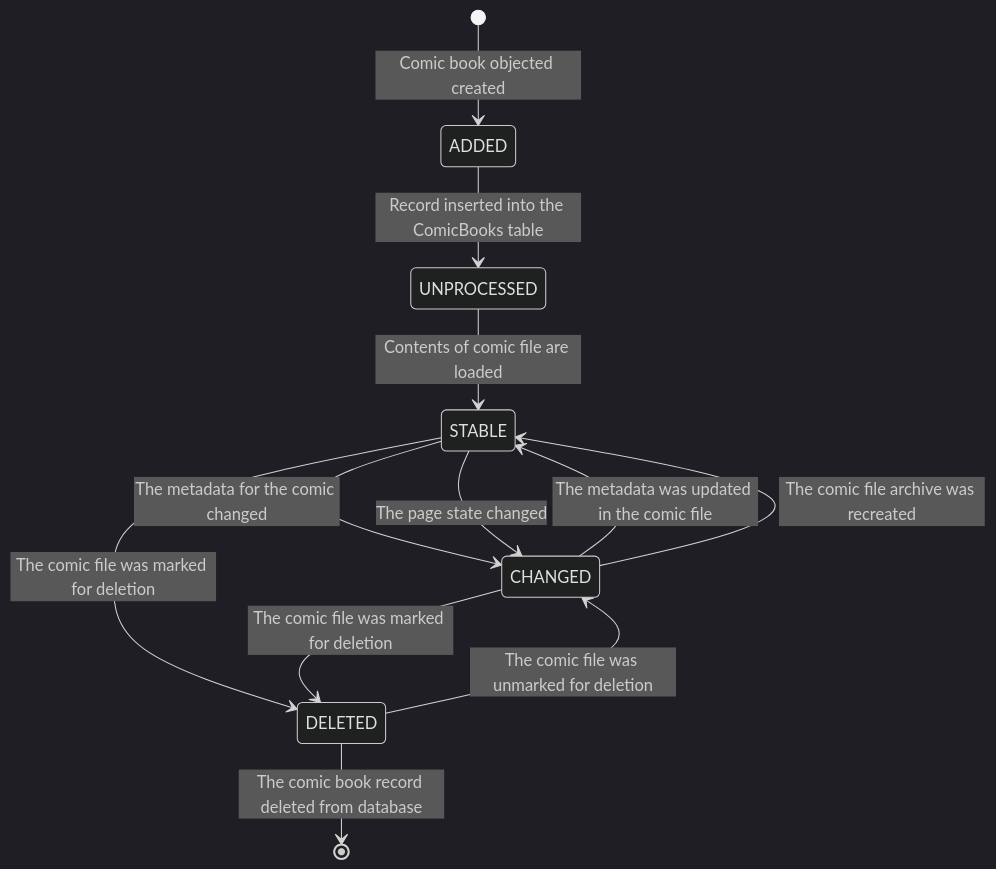
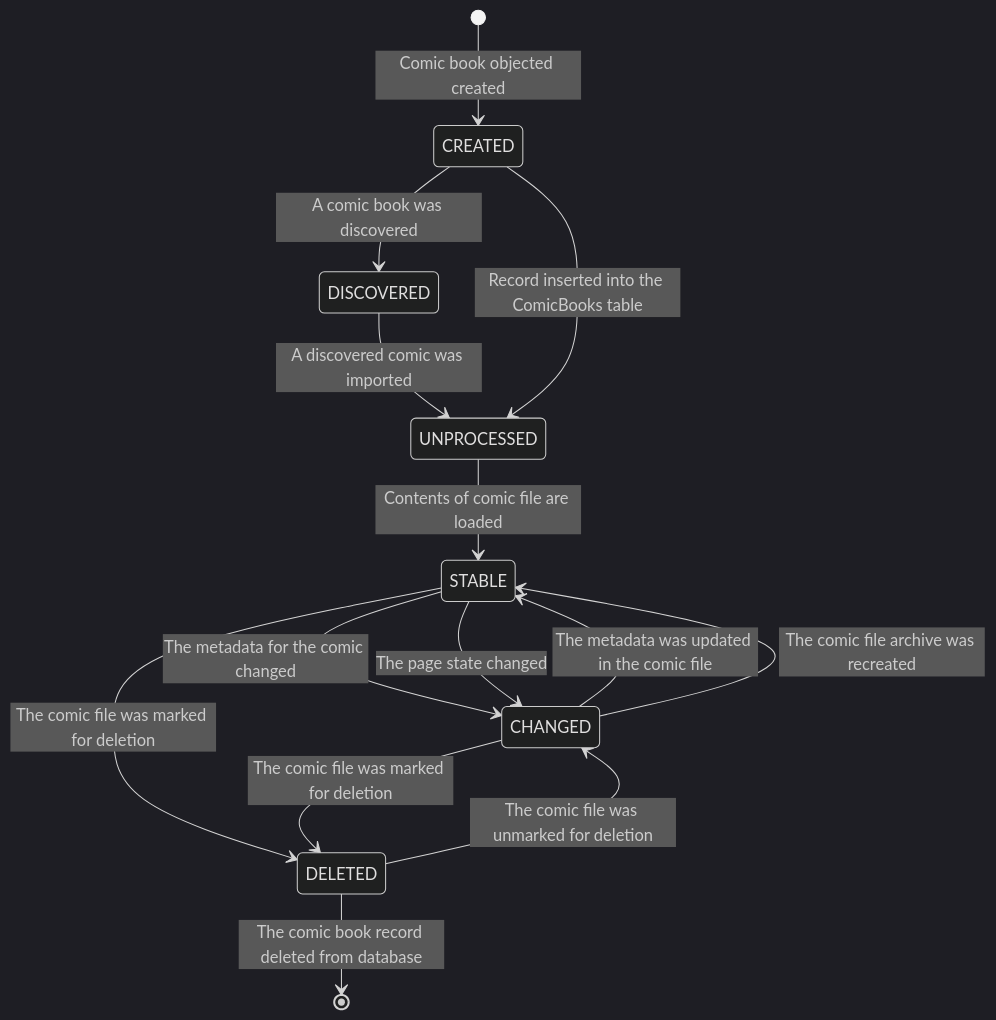
Before and after one commit to comixed/comixed: the diagram in COMICBOOK-STATES.md, drawn with Mermaid (dark theme). The commit also changed 14 other files, not shown here.

Commit message:
Added discovering comic books in the library path [#2496]

````diff
--- a/COMICBOOK-STATES.md
+++ b/COMICBOOK-STATES.md
@@ -7,14 +7,16 @@
 ```mermaid
 stateDiagram-v2
-   [*] --> ADDED: Comic book objected created
-   ADDED --> UNPROCESSED: Record inserted into the ComicBooks table
+   [*] --> CREATED: Comic book objected created
+   CREATED --> DISCOVERED: A comic book was discovered
+   DISCOVERED --> UNPROCESSED: A discovered comic was imported
+   CREATED --> UNPROCESSED: Record inserted into the ComicBooks table
    UNPROCESSED --> STABLE: Contents of comic file are loaded
    STABLE --> CHANGED: The metadata for the comic changed
    STABLE --> CHANGED: The page state changed
    CHANGED --> STABLE: The metadata was updated in the comic file
    CHANGED --> STABLE: The comic file archive was recreated
    STABLE --> DELETED: The comic file was marked for deletion
    CHANGED --> DELETED: The comic file was marked for deletion
    DELETED --> CHANGED: The comic file was unmarked for deletion
    DELETED --> [*]: The comic book record deleted from database
 ```
````
